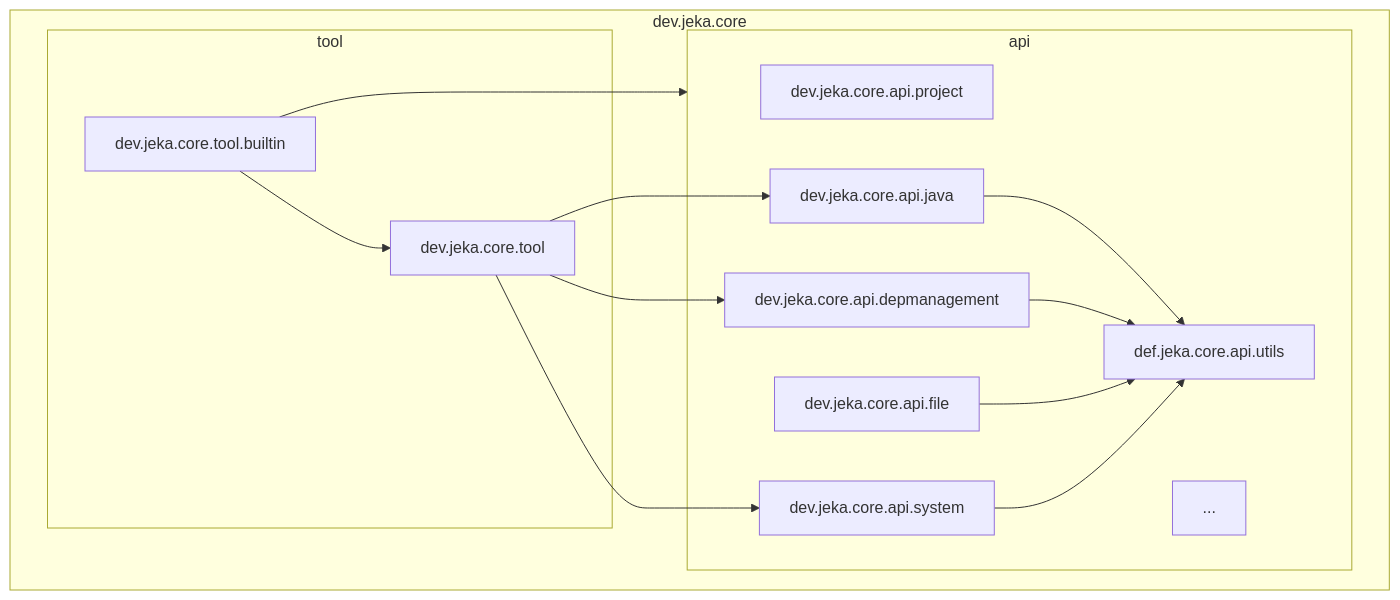
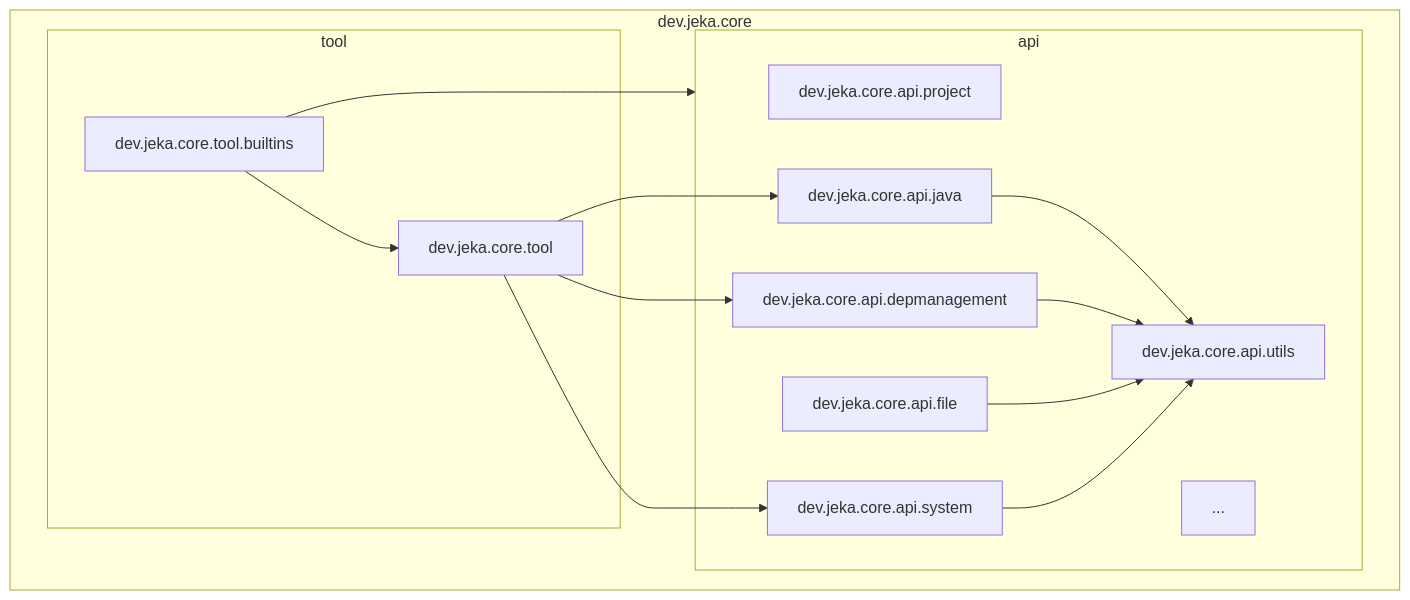
The diagram in docs/under-the-hood.md (jeka-dev/jeka), drawn with Mermaid before and after one commit. The commit also changed other lines of this file and 106 other files, not shown here.

First line of the commit message:
Merge pull request #261 from jeka-dev/fix/docs-audit

````diff
--- a/docs/under-the-hood.md
+++ b/docs/under-the-hood.md
@@ -21,31 +21,31 @@
 ```mermaid
 graph TD
     subgraph dev.jeka.core
         subgraph tool 
             engine[dev.jeka.core.tool]
-            builtin[dev.jeka.core.tool.builtin]
+            builtin[dev.jeka.core.tool.builtins]
         end
     
         subgraph api
             project[dev.jeka.core.api.project]
             java[dev.jeka.core.api.java]
             system[dev.jeka.core.api.system]
             dep[dev.jeka.core.api.depmanagement]
             file[dev.jeka.core.api.file]
-            utils[def.jeka.core.api.utils]
+            utils[dev.jeka.core.api.utils]
             misc[...]
         end
         
         
     end
 
     engine --> java
     engine --> system
     engine --> dep
     builtin --> engine
     builtin --> api
     java --> utils
     dep --> utils
     file --> utils
     system --> utils
 ```
````
